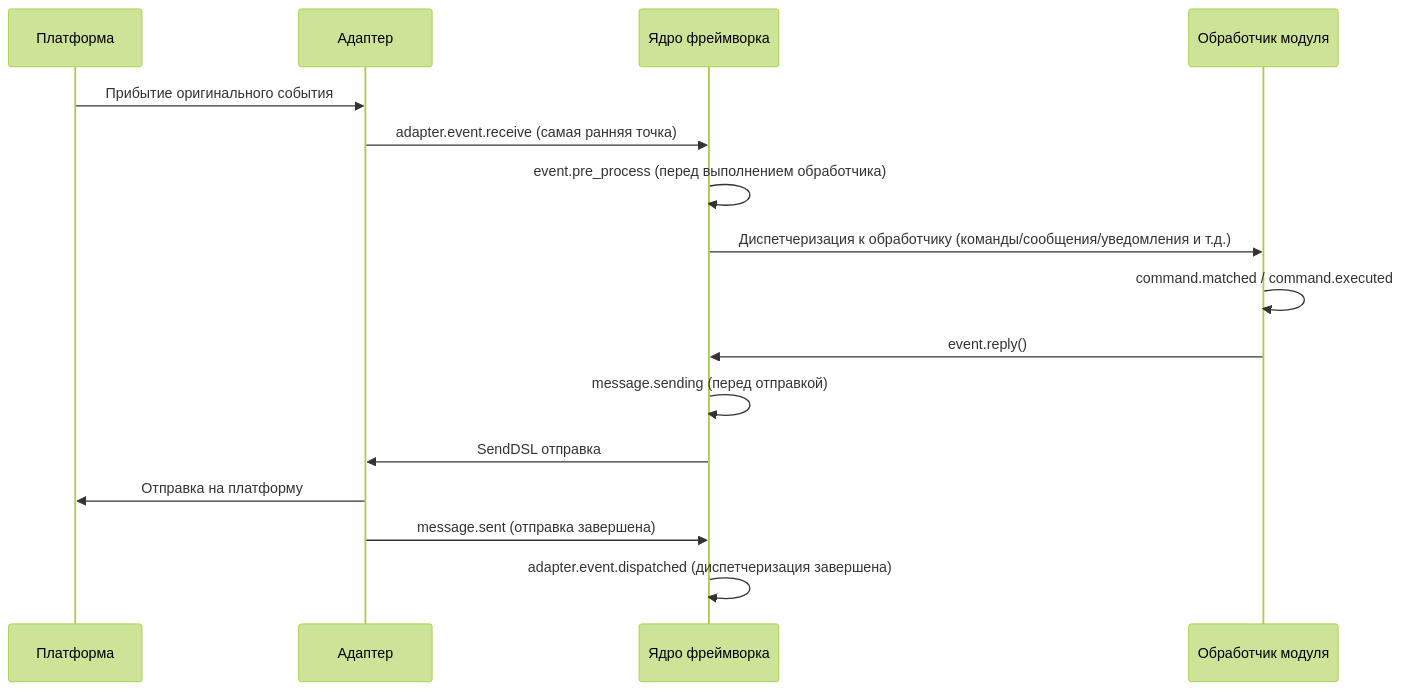
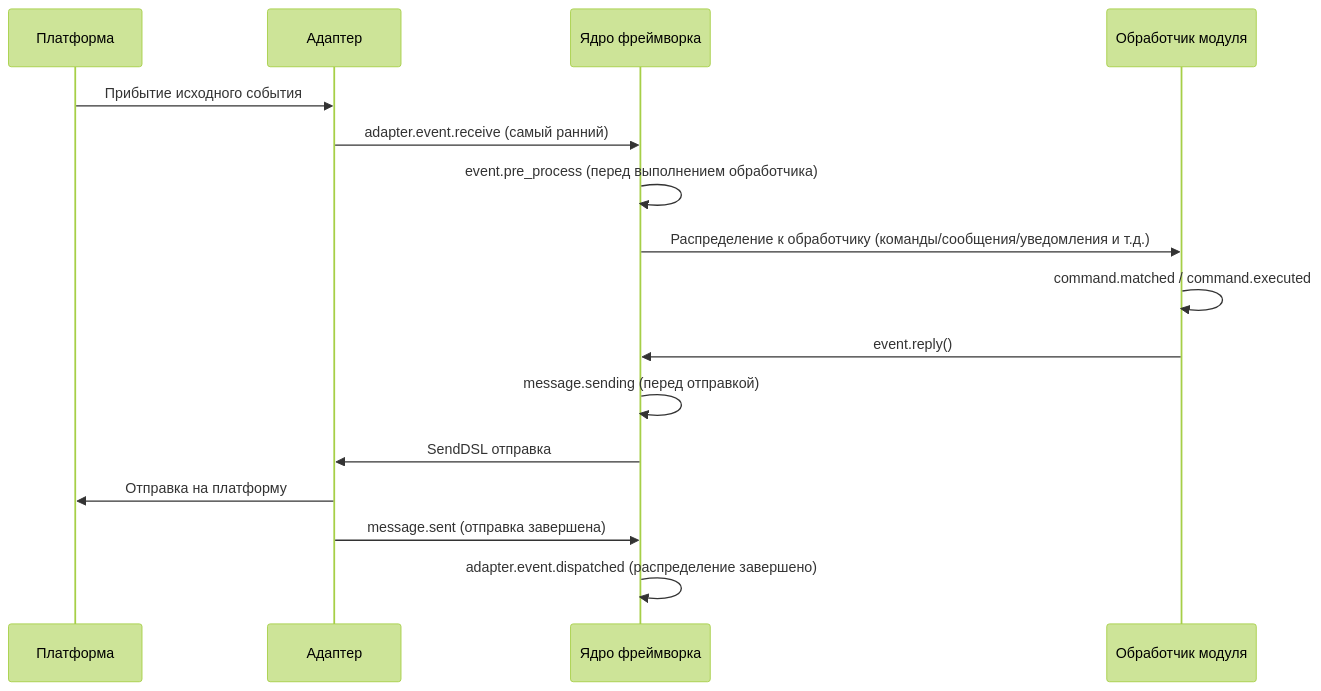
The diagram in docs/ru/advanced/lifecycle.md (ErisPulse/ErisPulse), drawn with Mermaid (forest theme) before and after one commit. The commit also changed other lines of this file and 23 other files, not shown here.

````diff
--- a/docs/ru/advanced/lifecycle.md
+++ b/docs/ru/advanced/lifecycle.md
@@ -117,19 +117,19 @@
 ```mermaid
 sequenceDiagram
     participant P as Платформа
     participant A as Адаптер
     participant F as Ядро фреймворка
     participant M as Обработчик модуля
 
-    P->>A: Прибытие оригинального события
-    A->>F: adapter.event.receive (самая ранняя точка)
+    P->>A: Прибытие исходного события
+    A->>F: adapter.event.receive (самый ранний)
     F->>F: event.pre_process (перед выполнением обработчика)
-    F->>M: Диспетчеризация к обработчику (команды/сообщения/уведомления и т.д.)
+    F->>M: Распределение к обработчику (команды/сообщения/уведомления и т.д.)
     M->>M: command.matched / command.executed
     M->>F: event.reply()
     F->>F: message.sending (перед отправкой)
     F->>A: SendDSL отправка
     A->>P: Отправка на платформу
     A->>F: message.sent (отправка завершена)
-    F->>F: adapter.event.dispatched (диспетчеризация завершена)
+    F->>F: adapter.event.dispatched (распределение завершено)
 ```
````
